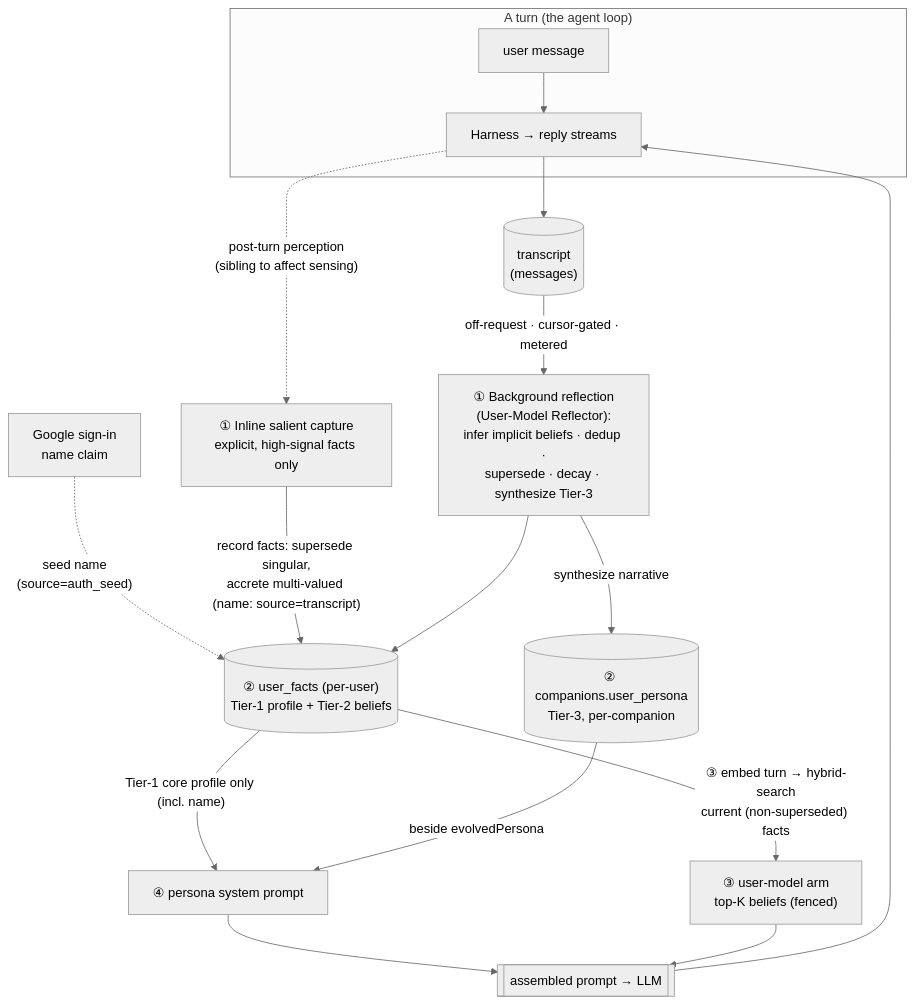
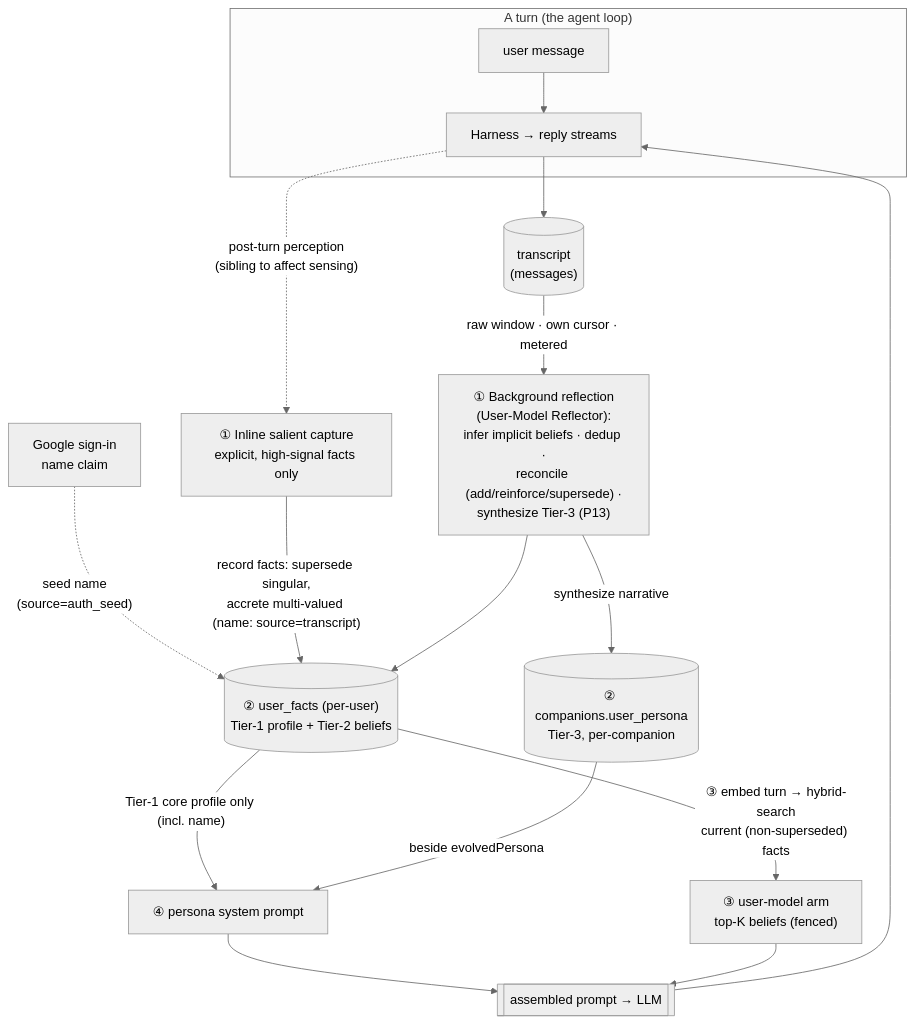
One commit to CobbleStamp/CobbleCompanion changed the second of 2 diagrams in docs/companion-memory.md. Above: the diagram before and after it, drawn with Mermaid (neutral theme). The commit also changed other lines of this file and 6 other files, not shown here.

First line of the commit message:
docs: finalize Phase 12 (User Model — learned beliefs) design

````diff
--- a/docs/companion-memory.md
+++ b/docs/companion-memory.md
@@ -123,27 +123,27 @@
 ```mermaid
 flowchart TB
     subgraph TURN["A turn (the agent loop)"]
       U["user message"] --> RUN["Harness → reply streams"]
     end
     RUN --> TX[("transcript<br/>(messages)")]
 
     %% 1. EXTRACT
     RUN -.->|"post-turn perception<br/>(sibling to affect sensing)"| INLINE["① Inline salient capture<br/>explicit, high-signal facts only"]
-    TX -->|"off-request · cursor-gated · metered"| REFLECT["① Background reflection<br/>(User-Model Reflector):<br/>infer implicit beliefs · dedup ·<br/>supersede · decay · synthesize Tier-3"]
+    TX -->|"raw window · own cursor · metered"| REFLECT["① Background reflection<br/>(User-Model Reflector):<br/>infer implicit beliefs · dedup ·<br/>reconcile (add/reinforce/supersede) ·<br/>synthesize Tier-3 (P13)"]
 
     %% 0. SEED (at sign-in)
     SEED["Google sign-in<br/>name claim"] -.->|"seed name<br/>(source=auth_seed)"| UF
 
     %% 2. PERSIST
     INLINE -->|"record facts: supersede singular,<br/>accrete multi-valued (name: source=transcript)"| UF[("② user_facts (per-user)<br/>Tier-1 profile + Tier-2 beliefs")]
     REFLECT --> UF
     REFLECT -->|"synthesize narrative"| UP[("② companions.user_persona<br/>Tier-3, per-companion")]
 
     %% 3. RETRIEVE + 4. INJECT (next turn)
     UF -->|"Tier-1 core profile only (incl. name)"| PERSONA["④ persona system prompt"]
     UP -->|"beside evolvedPersona"| PERSONA
     UF -->|"③ embed turn → hybrid-search<br/>current (non-superseded) facts"| ARM["③ user-model arm<br/>top-K beliefs (fenced)"]
     PERSONA --> PROMPT[["assembled prompt → LLM"]]
     ARM --> PROMPT
     PROMPT --> RUN
 ```
````
